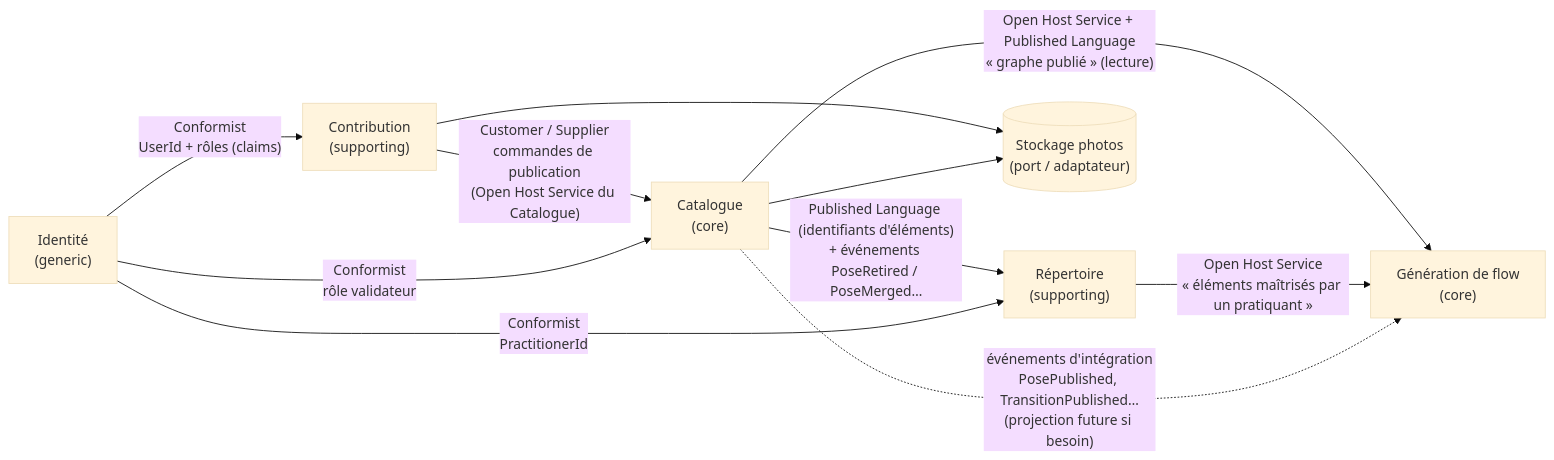
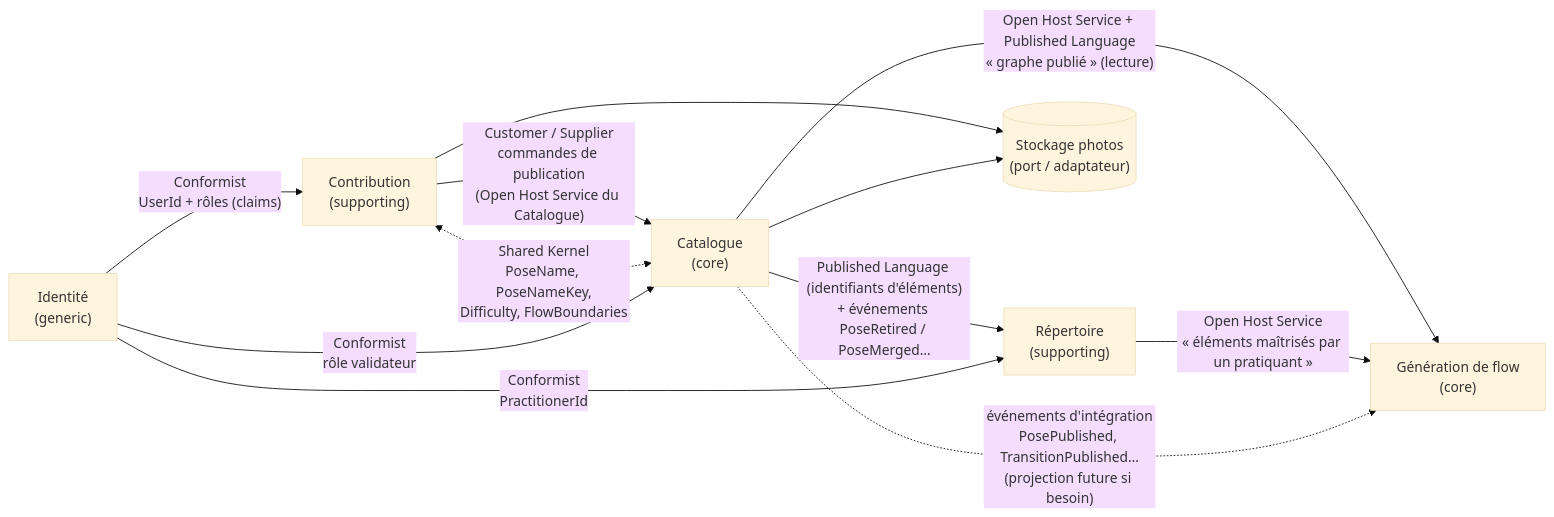
One commit to MarcUnterseh/AcroFunJam changed the diagram in docs/domain/context-map.md. Above: the diagram before and after it, drawn with Mermaid (base theme). The commit also changed other lines of this file and 141 other files, not shown here.

````diff
--- a/docs/domain/context-map.md
+++ b/docs/domain/context-map.md
@@ -16,20 +16,21 @@
 ```mermaid
 flowchart LR
   ID["Identité<br/>(generic)"]
   CO["Contribution<br/>(supporting)"]
   CA["Catalogue<br/>(core)"]
   FG["Génération de flow<br/>(core)"]
   RE["Répertoire<br/>(supporting)"]
   PS[("Stockage photos<br/>(port / adaptateur)")]
 
   CO -- "Customer / Supplier<br/>commandes de publication<br/>(Open Host Service du Catalogue)" --> CA
+  CO <-.->|"Shared Kernel<br/>PoseName, PoseNameKey,<br/>Difficulty, FlowBoundaries"| CA
   CA -- "Open Host Service + Published Language<br/>« graphe publié » (lecture)" --> FG
   CA -- "Published Language (identifiants d'éléments)<br/>+ événements PoseRetired / PoseMerged…" --> RE
   RE -- "Open Host Service<br/>« éléments maîtrisés par un pratiquant »" --> FG
   ID -- "Conformist<br/>PractitionerId" --> RE
   CA -. "événements d'intégration<br/>PosePublished, TransitionPublished…<br/>(projection future si besoin)" .-> FG
   ID -- "Conformist<br/>UserId + rôles (claims)" --> CO
   ID -- "Conformist<br/>rôle validateur" --> CA
   CO --> PS
   CA --> PS
 ```
````
